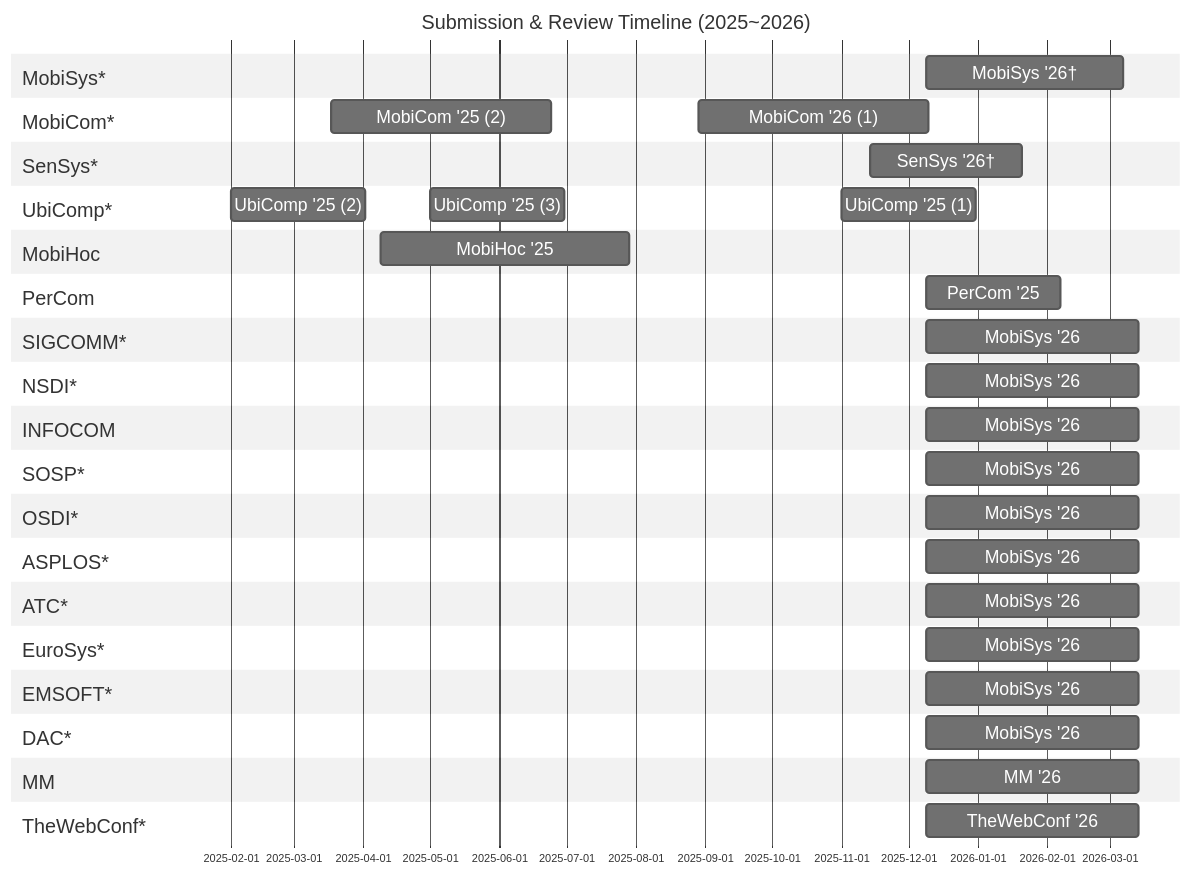
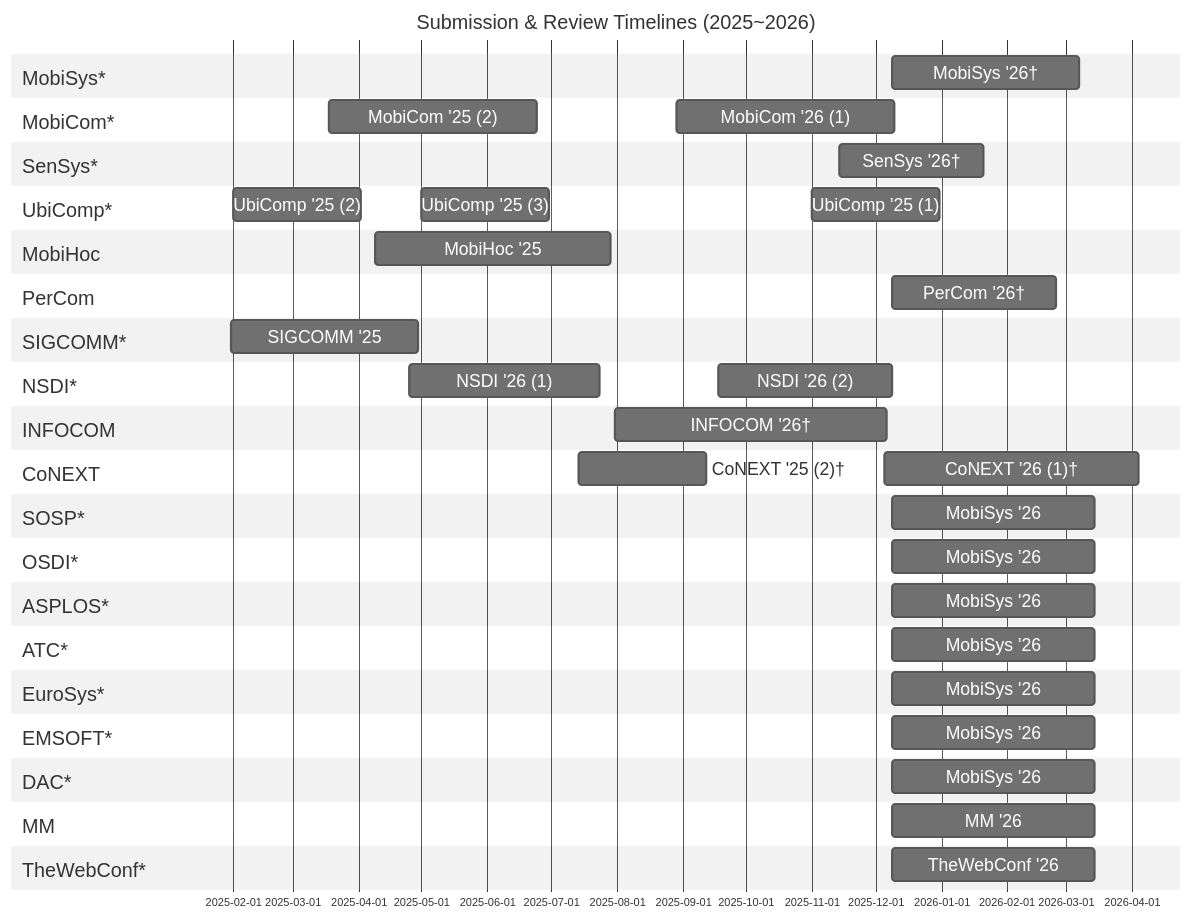
Before and after one commit to iamseonghoon/Mobile-Systems-Conference-Timelines: the diagram in README.md, drawn with Mermaid.

```diff
--- a/README.md
+++ b/README.md
@@ -20,7 +20,7 @@
 gantt
     dateFormat  YYYY-MM-DD
     tickInterval 1month
-    title Submission & Review Timeline (2025~2026)
+    title Submission & Review Timelines (2025~2026)
 
     %% --------------------------
     %% Mobile
@@ -44,19 +44,24 @@
     MobiHoc '25 :mobihoc-review, 2025-04-09, 111d
 
     section PerCom
-    PerCom '25 :percom-review, 2025-12-09, 60d
+    PerCom '26† :percom-review, 2025-12-09, 77d
 
     %% --------------------------
     %% Network
     %% --------------------------
     section SIGCOMM*
-    MobiSys '26 :mobisys-review, 2025-12-09, 95d
+    SIGCOMM '25 :sigcomm-review, 2025-01-31, 88d
 
     section NSDI*
-    MobiSys '26 :mobisys-review, 2025-12-09, 95d
+    NSDI '26 (1) :nsdi-review1, 2025-04-25, 90d
+    NSDI '26 (2) :nsdi-review2, 2025-09-18, 82d
 
     section INFOCOM
-    MobiSys '26 :mobisys-review, 2025-12-09, 95d
+    INFOCOM '26† :infocom-review, 2025-07-31, 128d
+
+    section CoNEXT
+    CoNEXT '26 (1)† :conext-review1, 2025-12-05, 120d
+    CoNEXT '25 (2)† :conext-review2, 2025-07-14, 60d
 
     %% --------------------------
     %% OS, CA
```
